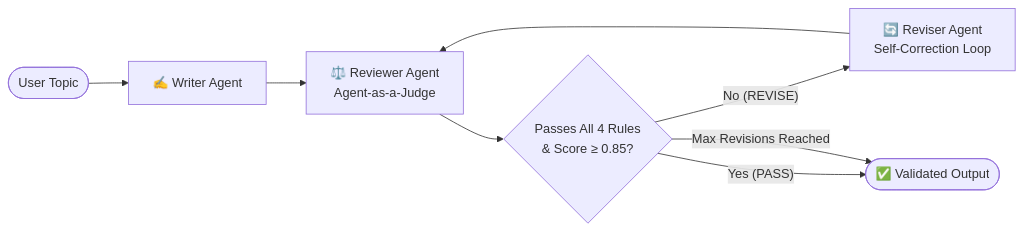
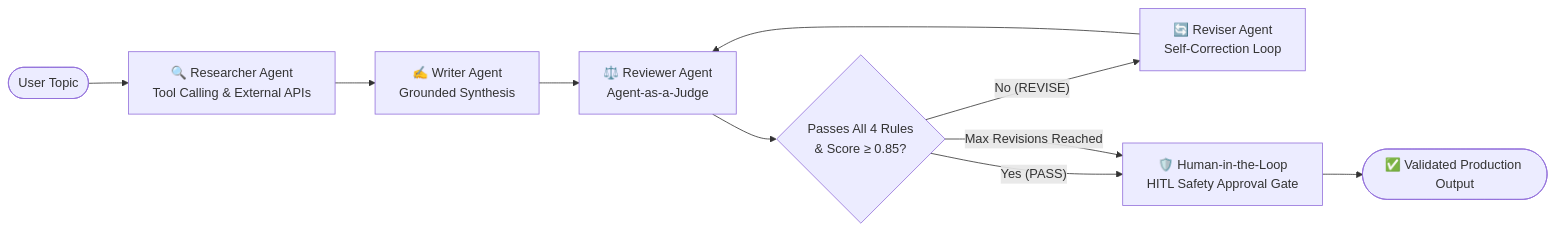
Before and after one commit to Theankitmishra/self-correcting-multi-agent: the diagram in README.md, drawn with Mermaid. The commit also changed other lines of this file, not shown here.

Commit message:
docs: update architecture diagrams and roles in README to match resume spec

````diff
--- a/README.md
+++ b/README.md
@@ -17,10 +17,12 @@
 ```mermaid
 flowchart LR
-    Start([User Topic]) --> Writer[✍️ Writer Agent]
+    Start([User Topic]) --> Researcher[🔍 Researcher Agent<br/>Tool Calling & External APIs]
+    Researcher --> Writer[✍️ Writer Agent<br/>Grounded Synthesis]
     Writer --> Reviewer[⚖️ Reviewer Agent<br/>Agent-as-a-Judge]
     Reviewer --> Cond{Passes All 4 Rules<br/>& Score ≥ 0.85?}
     Cond -- "No (REVISE)" --> Reviser[🔄 Reviser Agent<br/>Self-Correction Loop]
     Reviser --> Reviewer
-    Cond -- "Yes (PASS)" --> End([✅ Validated Output])
-    Cond -- "Max Revisions Reached" --> End
+    Cond -- "Yes (PASS)" --> Gate[🛡️ Human-in-the-Loop<br/>HITL Safety Approval Gate]
+    Cond -- "Max Revisions Reached" --> Gate
+    Gate --> End([✅ Validated Production Output])
 ```
````
